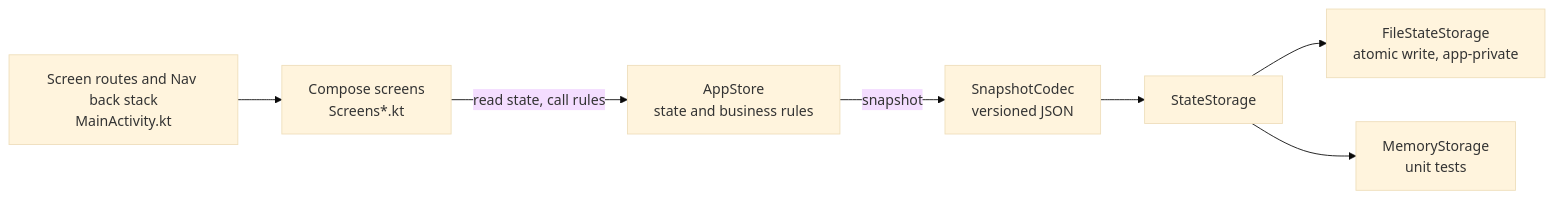
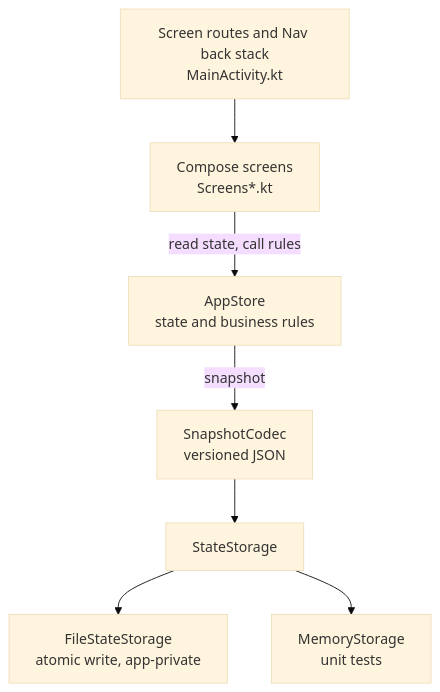
The first of 2 diagrams in README.md (Saji-d/numa-sim-wallet), drawn with Mermaid (base theme) before and after one commit.

Commit message:
Lay out the architecture flowchart top-down for readability

````diff
--- a/README.md
+++ b/README.md
@@ -121,9 +121,9 @@
 ```mermaid
-flowchart LR
+flowchart TD
   UI["Compose screens<br/>Screens*.kt"] -->|read state, call rules| S["AppStore<br/>state and business rules"]
   N["Screen routes and Nav back stack<br/>MainActivity.kt"] --> UI
   S -->|snapshot| C["SnapshotCodec<br/>versioned JSON"]
   C --> ST["StateStorage"]
   ST --> F["FileStateStorage<br/>atomic write, app-private"]
   ST --> M["MemoryStorage<br/>unit tests"]
 ```
````
